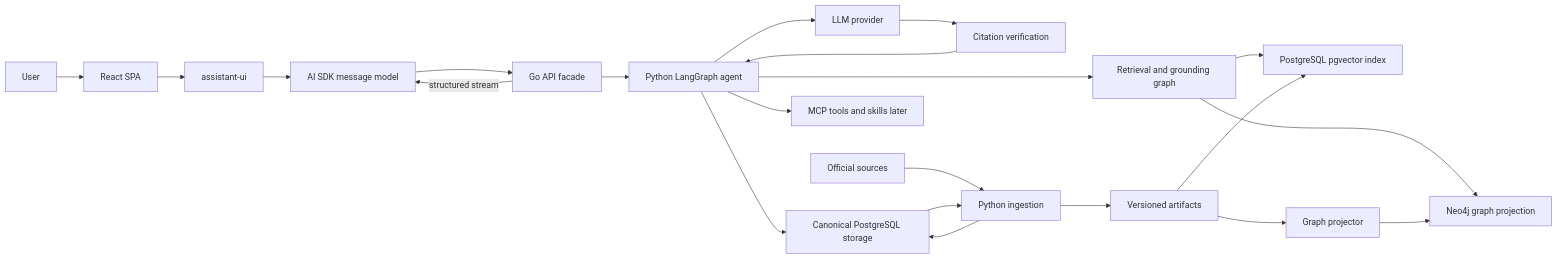
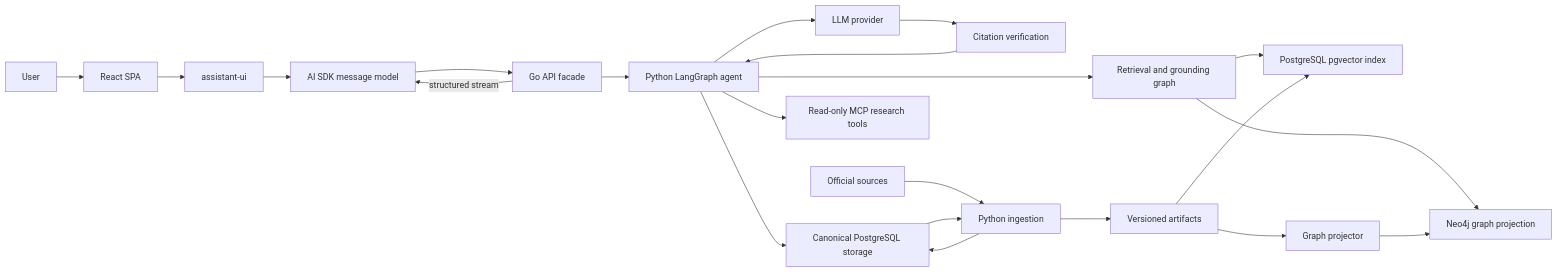
Before and after one commit to dharlanoliveira/norvii: the first of 3 diagrams in docs/architecture/overview.md, drawn with Mermaid. The commit also changed other lines of this file and 118 other files, not shown here.

Commit message:
feat: add MCP research tools and assertion graph

````diff
--- a/docs/architecture/overview.md
+++ b/docs/architecture/overview.md
@@ -9,26 +9,26 @@
 ```mermaid
 flowchart LR
     U[User] --> W[React SPA]
     W --> A[assistant-ui]
     A --> K[AI SDK message model]
     K --> B[Go API facade]
     B --> X[Python LangGraph agent]
     X --> R[Retrieval and grounding graph]
     R --> V[PostgreSQL pgvector index]
     R --> G[Neo4j graph projection]
     X --> L[LLM provider]
     L --> C[Citation verification]
     C --> X
     B -->|structured stream| K
 
     F[Official sources] --> I[Python ingestion]
     D[Canonical PostgreSQL storage] --> I
     I --> N[Versioned artifacts]
     N --> V
     N --> P[Graph projector]
     P --> G
     I --> D
 
     X --> D
-    X --> M[MCP tools and skills later]
+    X --> M[Read-only MCP research tools]
 ```
````
